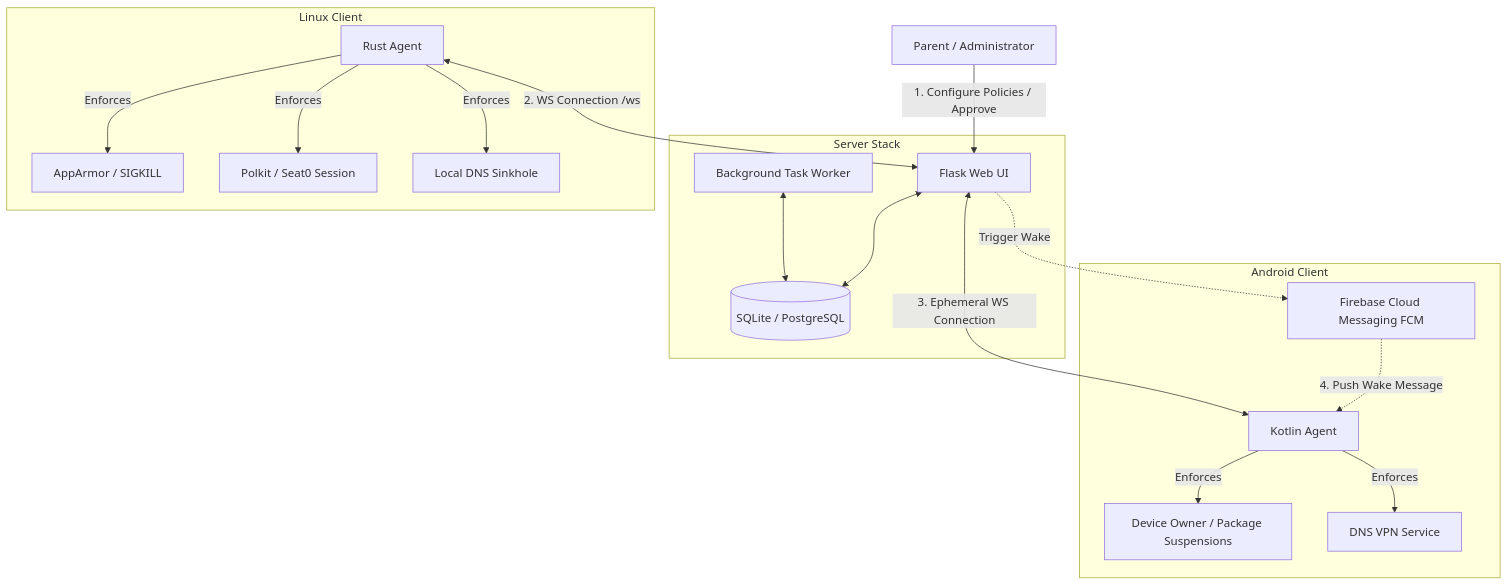
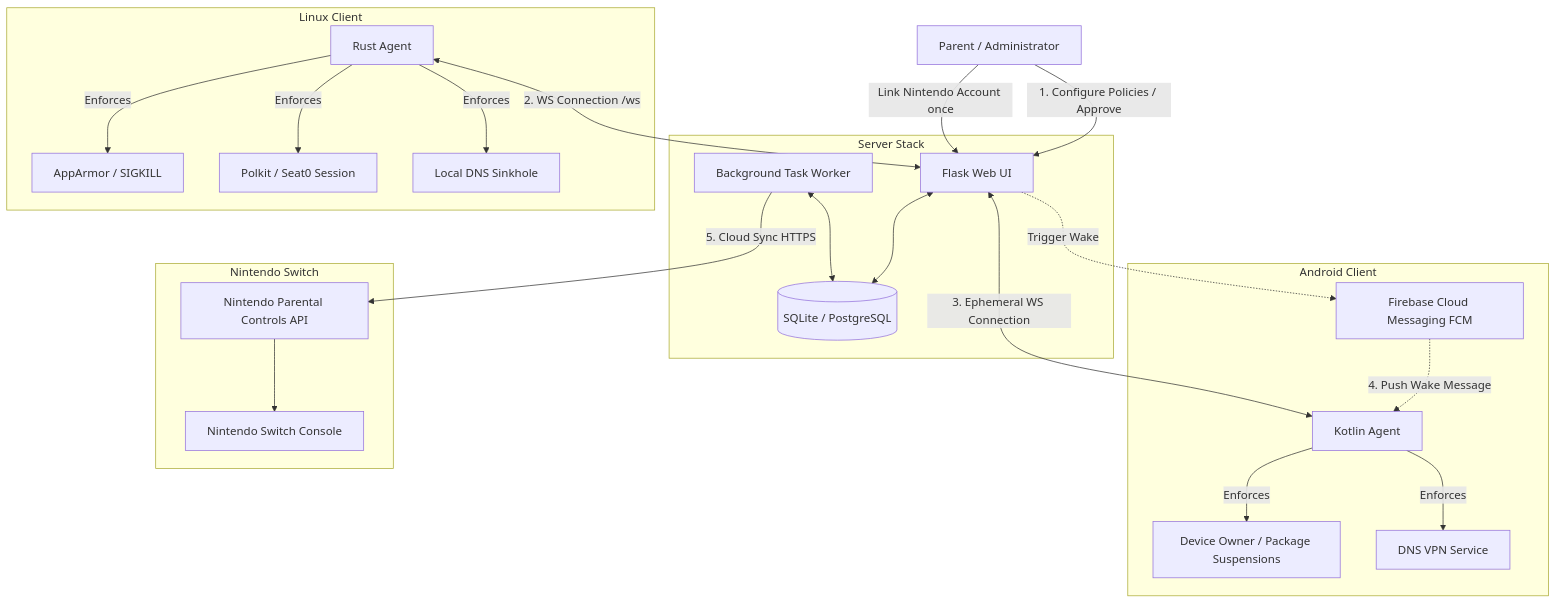
The diagram in README.md (pantherale0/timekpr-webui), drawn with Mermaid before and after one commit. The commit also changed other lines of this file, not shown here.

````diff
--- a/README.md
+++ b/README.md
@@ -11,21 +13,28 @@
 ```mermaid
 graph TD
     Parent[Parent / Administrator] -->|1. Configure Policies / Approve| WebUI[Flask Web UI]
     subgraph Server Stack
         WebUI <--> DB[(SQLite / PostgreSQL)]
         Worker[Background Task Worker] <--> DB
     end
     subgraph Linux Client
         RustAgent[Rust Agent] <-->|2. WS Connection /ws| WebUI
         RustAgent -->|Enforces| AppArmor[AppArmor / SIGKILL]
         RustAgent -->|Enforces| Polkit[Polkit / Seat0 Session]
         RustAgent -->|Enforces| LinuxDNS[Local DNS Sinkhole]
     end
     subgraph Android Client
         KotlinAgent[Kotlin Agent] <-->|3. Ephemeral WS Connection| WebUI
         Firebase[Firebase Cloud Messaging FCM] -.->|4. Push Wake Message| KotlinAgent
         WebUI -.->|Trigger Wake| Firebase
         KotlinAgent -->|Enforces| DeviceOwner[Device Owner / Package Suspensions]
         KotlinAgent -->|Enforces| AndroidVPN[DNS VPN Service]
     end
+    subgraph Nintendo Switch
+        SwitchConsole[Nintendo Switch Console]
+        NintendoCloud[Nintendo Parental Controls API]
+        Worker -->|5. Cloud Sync HTTPS| NintendoCloud
+        NintendoCloud --> SwitchConsole
+    end
+    Parent -->|Link Nintendo Account once| WebUI
 ```
````
